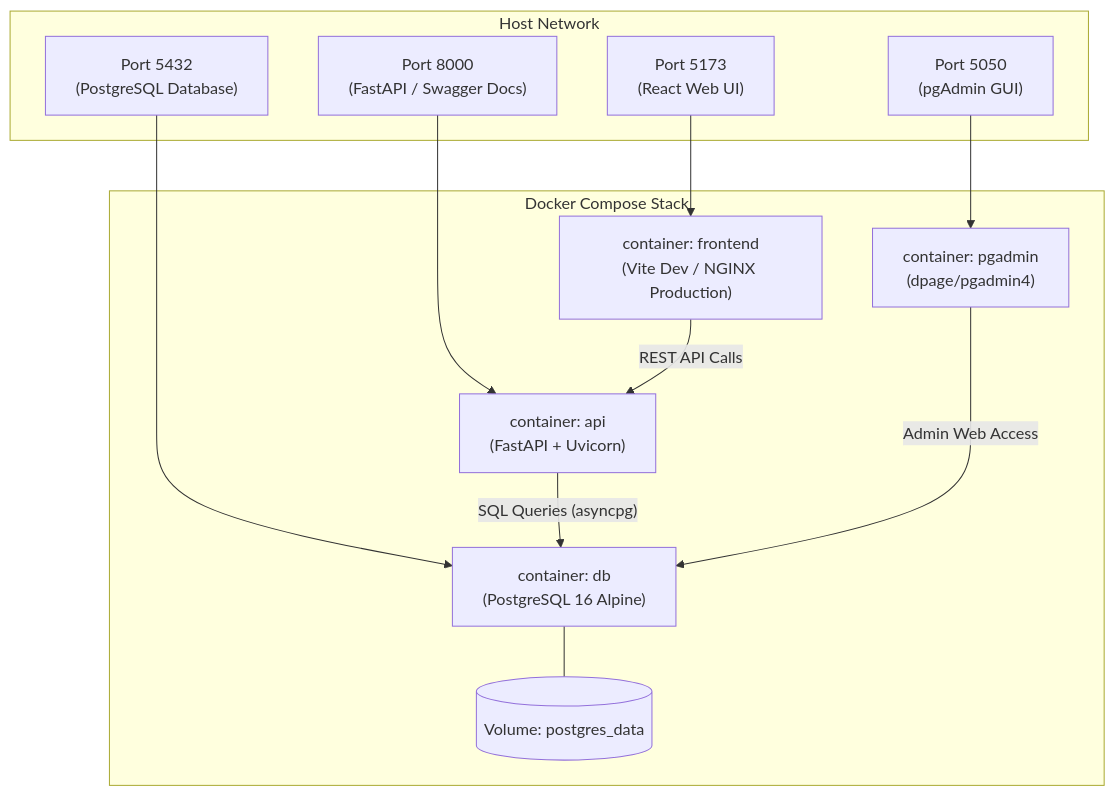
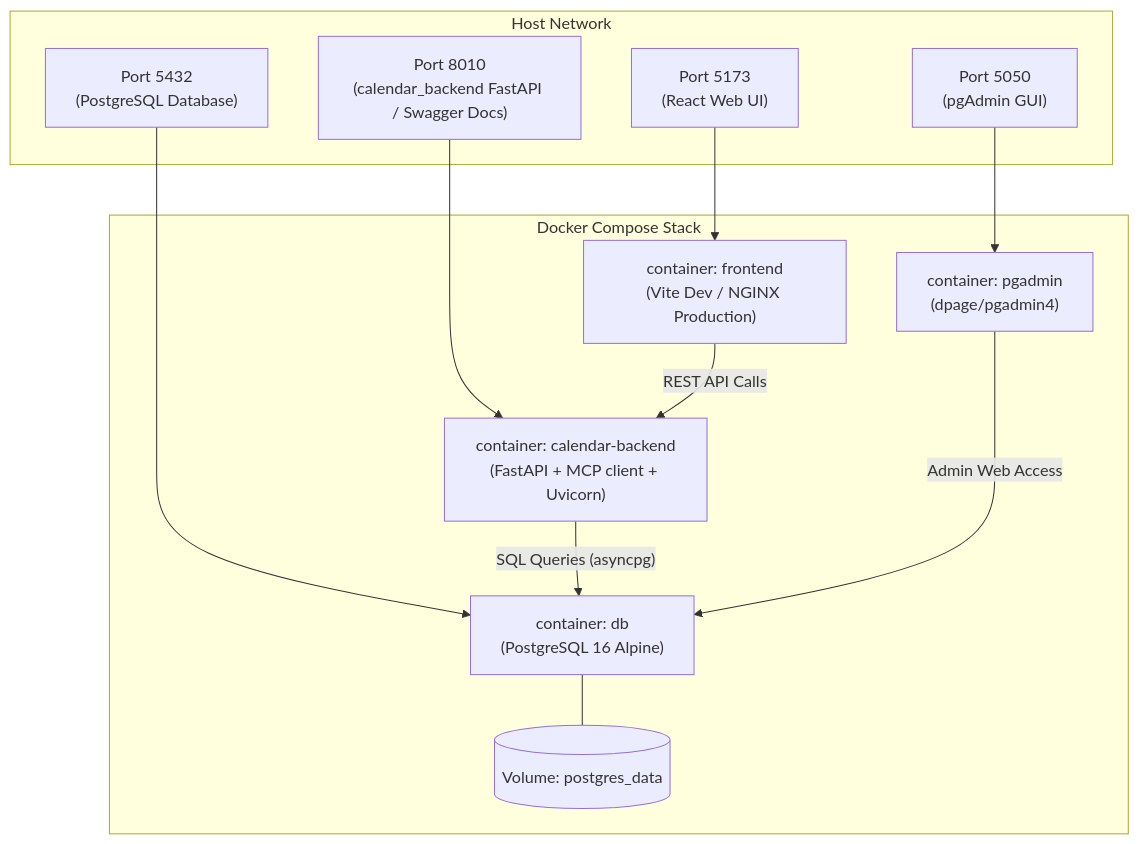
The fifth of 5 diagrams in ARCHITECTURE.md (hey-rahul-solanki/climate-resilient-workforce-agent), drawn with Mermaid before and after one commit. The commit also changed other lines of this file and 35 other files, not shown here.

Commit message:
refactor: restructure backend into calendar-backend service and update default port to 8010

````diff
--- a/ARCHITECTURE.md
+++ b/ARCHITECTURE.md
@@ -258,27 +258,27 @@
 ```mermaid
 graph TD
     subgraph Host_Network ["Host Network"]
         Port5173["Port 5173\n(React Web UI)"]
-        Port8000["Port 8000\n(FastAPI / Swagger Docs)"]
+        Port8010["Port 8010\n(calendar_backend FastAPI / Swagger Docs)"]
         Port5050["Port 5050\n(pgAdmin GUI)"]
         Port5432["Port 5432\n(PostgreSQL Database)"]
     end
 
     subgraph Docker_Compose ["Docker Compose Stack"]
         C_Front["container: frontend\n(Vite Dev / NGINX Production)"]
-        C_API["container: api\n(FastAPI + Uvicorn)"]
+        C_API["container: calendar-backend\n(FastAPI + MCP client + Uvicorn)"]
         C_DB["container: db\n(PostgreSQL 16 Alpine)"]
         C_PGA["container: pgadmin\n(dpage/pgadmin4)"]
         Vol_DB[("Volume: postgres_data")]
     end
 
     Port5173 --> C_Front
-    Port8000 --> C_API
+    Port8010 --> C_API
     Port5050 --> C_PGA
     Port5432 --> C_DB
 
     C_Front -->|"REST API Calls"| C_API
     C_API -->|"SQL Queries (asyncpg)"| C_DB
     C_PGA -->|"Admin Web Access"| C_DB
     C_DB --- Vol_DB
 ```
````
